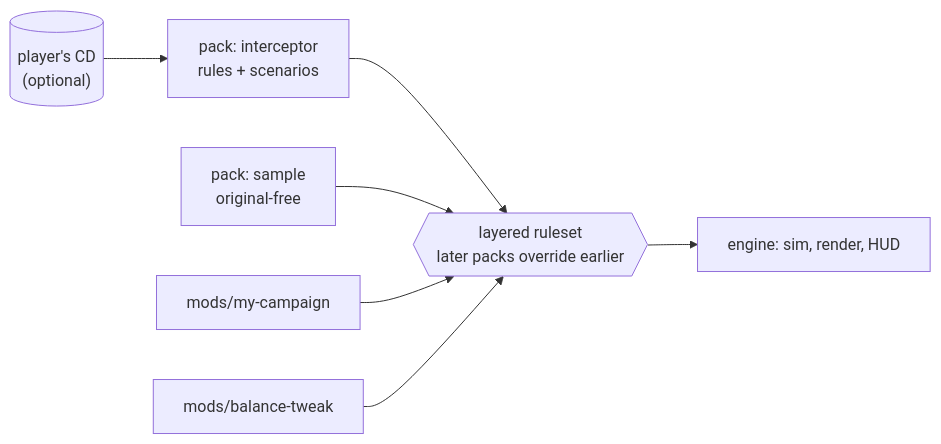
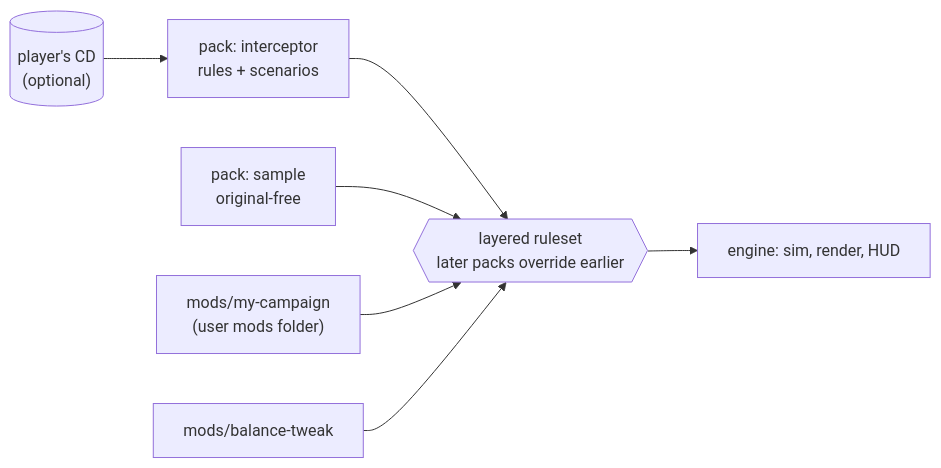
The diagram in docs/modding/index.md (bbogovich/OpenInterceptor), drawn with Mermaid before and after one commit. The commit also changed other lines of this file and 48 other files, not shown here.

````diff
--- a/docs/modding/index.md
+++ b/docs/modding/index.md
@@ -12,12 +12,12 @@
 ```mermaid
 flowchart LR
     CD[("player's CD<br/>(optional)")] --> I["pack: interceptor<br/>rules + scenarios"]
     S["pack: sample<br/>original-free"]
-    M1["mods/my-campaign"]
+    M1["mods/my-campaign<br/>(user mods folder)"]
     M2["mods/balance-tweak"]
     I --> L{{"layered ruleset<br/>later packs override earlier"}}
     S --> L
     M1 --> L
     M2 --> L
     L --> E["engine: sim, render, HUD"]
 ```
````
